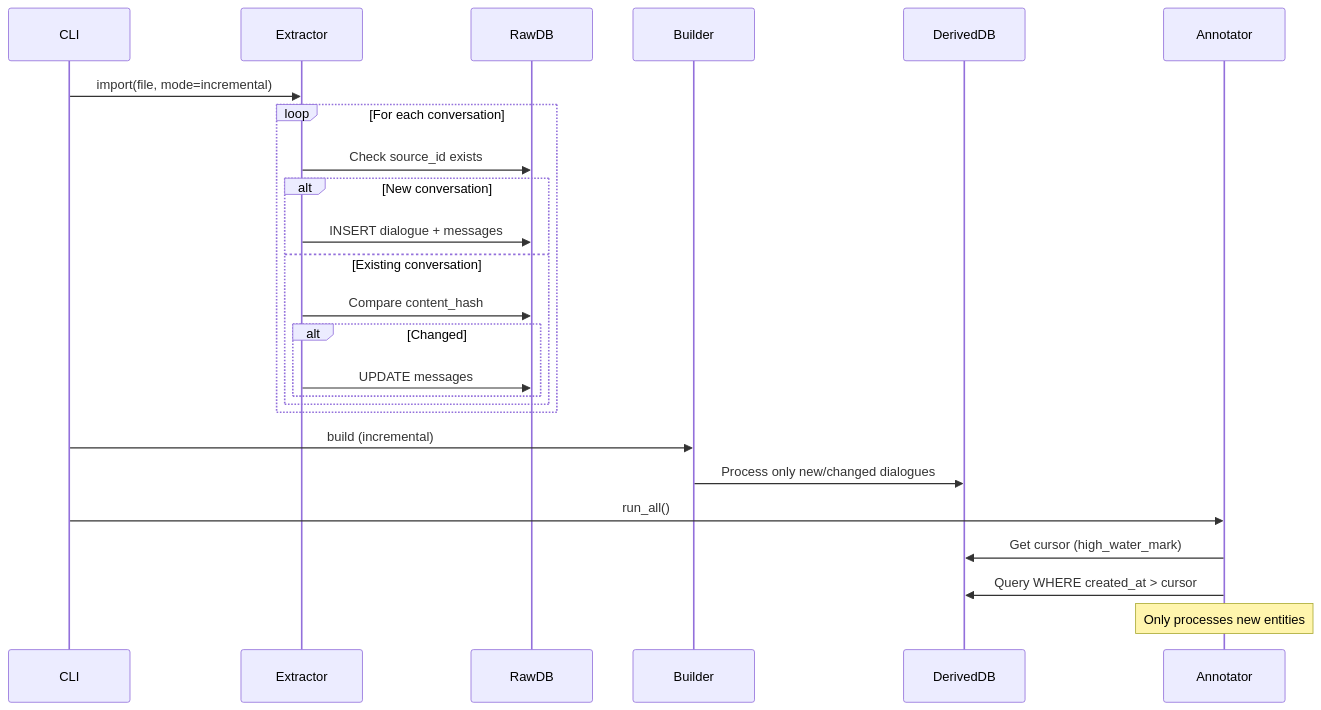
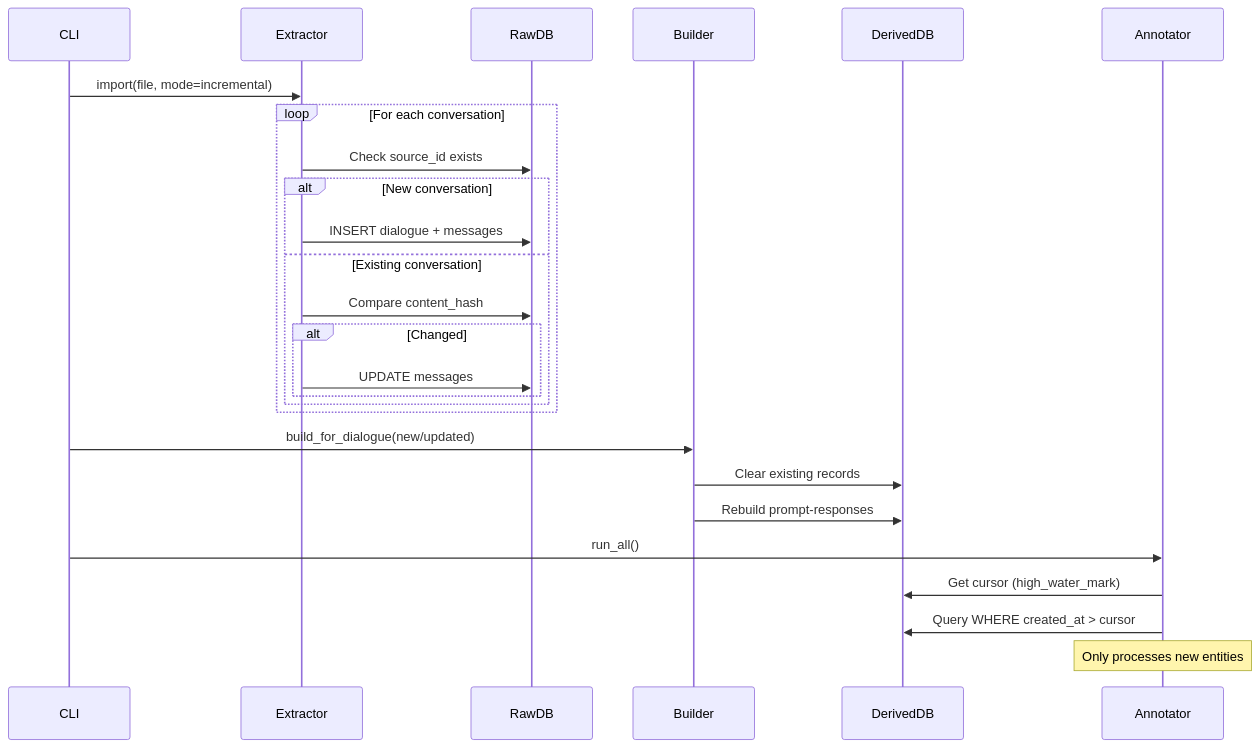
One commit to dmarx/chat2obs changed the third of 4 diagrams in docs/architecture.md. Above: the diagram before and after it, drawn with Mermaid. The commit also changed other lines of this file and 7 other files, not shown here.

````diff
--- a/docs/architecture.md
+++ b/docs/architecture.md
@@ -175,31 +144,32 @@
 ```mermaid
 sequenceDiagram
     participant CLI
     participant Extractor
     participant RawDB
     participant Builder
     participant DerivedDB
     participant Annotator
 
     CLI->>Extractor: import(file, mode=incremental)
     
     loop For each conversation
         Extractor->>RawDB: Check source_id exists
         alt New conversation
             Extractor->>RawDB: INSERT dialogue + messages
         else Existing conversation
             Extractor->>RawDB: Compare content_hash
             alt Changed
                 Extractor->>RawDB: UPDATE messages
             end
         end
     end
     
-    CLI->>Builder: build (incremental)
-    Builder->>DerivedDB: Process only new/changed dialogues
+    CLI->>Builder: build_for_dialogue(new/updated)
+    Builder->>DerivedDB: Clear existing records
+    Builder->>DerivedDB: Rebuild prompt-responses
     
     CLI->>Annotator: run_all()
     Annotator->>DerivedDB: Get cursor (high_water_mark)
     Annotator->>DerivedDB: Query WHERE created_at > cursor
     Note over Annotator: Only processes new entities
 ```
````
